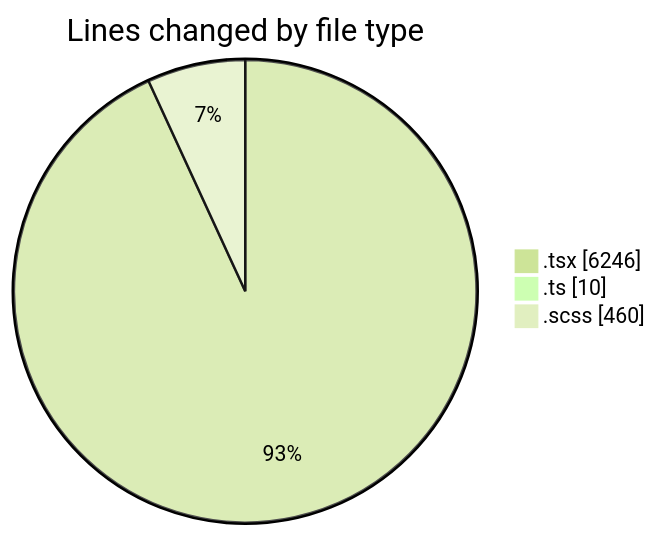
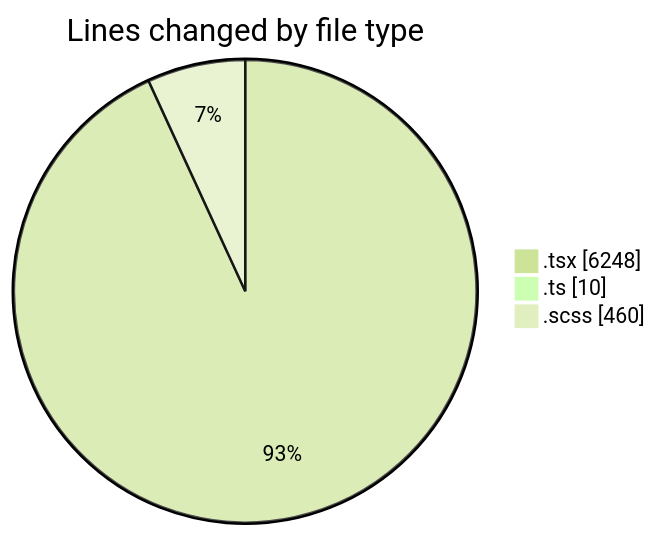
One commit to momahboobian/code-tracking changed the first of 2 diagrams in 2025-11-17/cda/README.md. Above: the diagram before and after it, drawn with Mermaid (forest theme). The commit also changed other lines of this file and 1 other file, not shown here.

````diff
--- a/2025-11-17/cda/README.md
+++ b/2025-11-17/cda/README.md
@@ -31,7 +31,7 @@
 ```mermaid
 pie showData
 title Lines changed by file type
-".tsx" : 6246
+".tsx" : 6248
 ".ts" : 10
 ".scss" : 460
 ```
````
